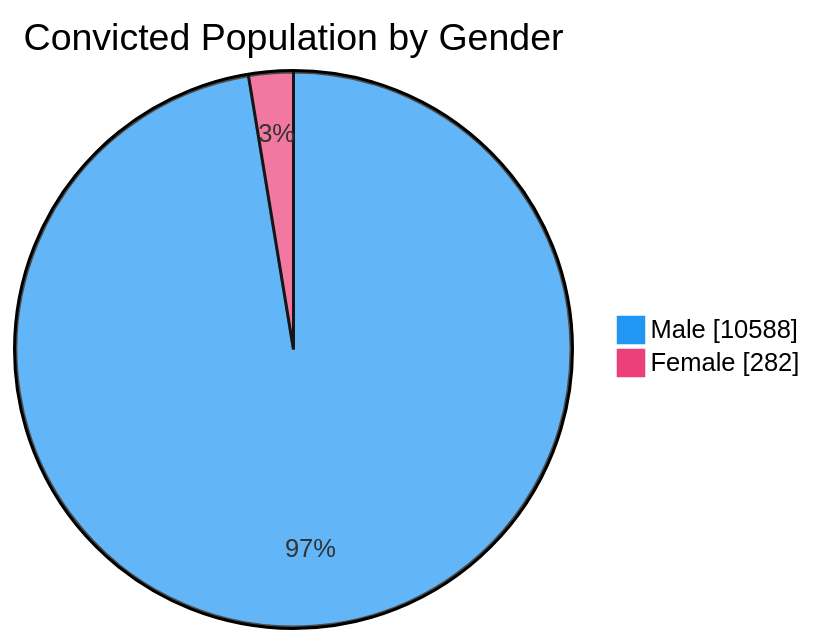
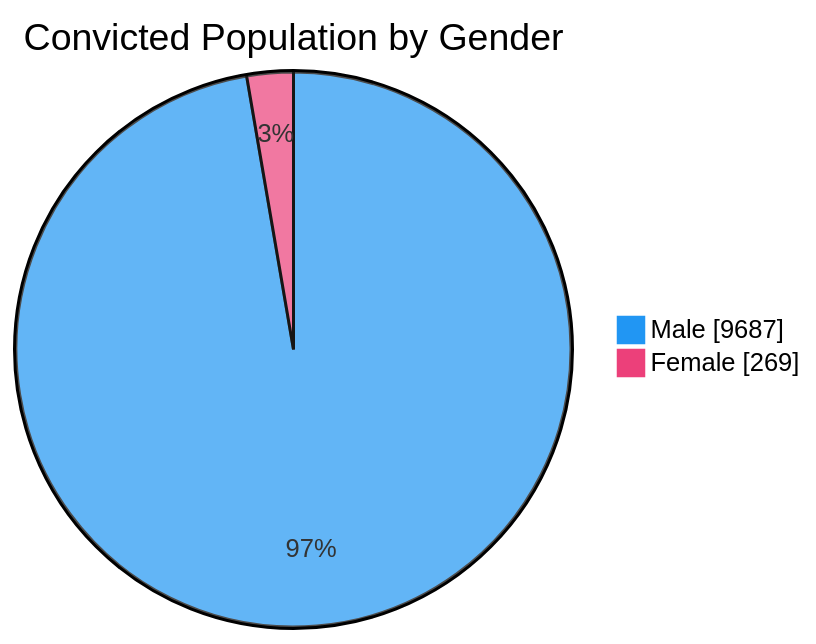
One commit to nuuuwan/lk_prisons changed the third of 7 diagrams in README.md. Above: the diagram before and after it, drawn with Mermaid. The commit also changed other lines of this file and 1 other file, not shown here.

````diff
--- a/README.md
+++ b/README.md
@@ -65,6 +65,6 @@
 ```mermaid
 %%{init: {'themeVariables': {'pie1': '#2196F3', 'pie2': '#EC407A'}}}%%
 pie showData title Convicted Population by Gender
-    "Male" : 10588
-    "Female" : 282
+    "Male" : 9687
+    "Female" : 269
 ```
````
